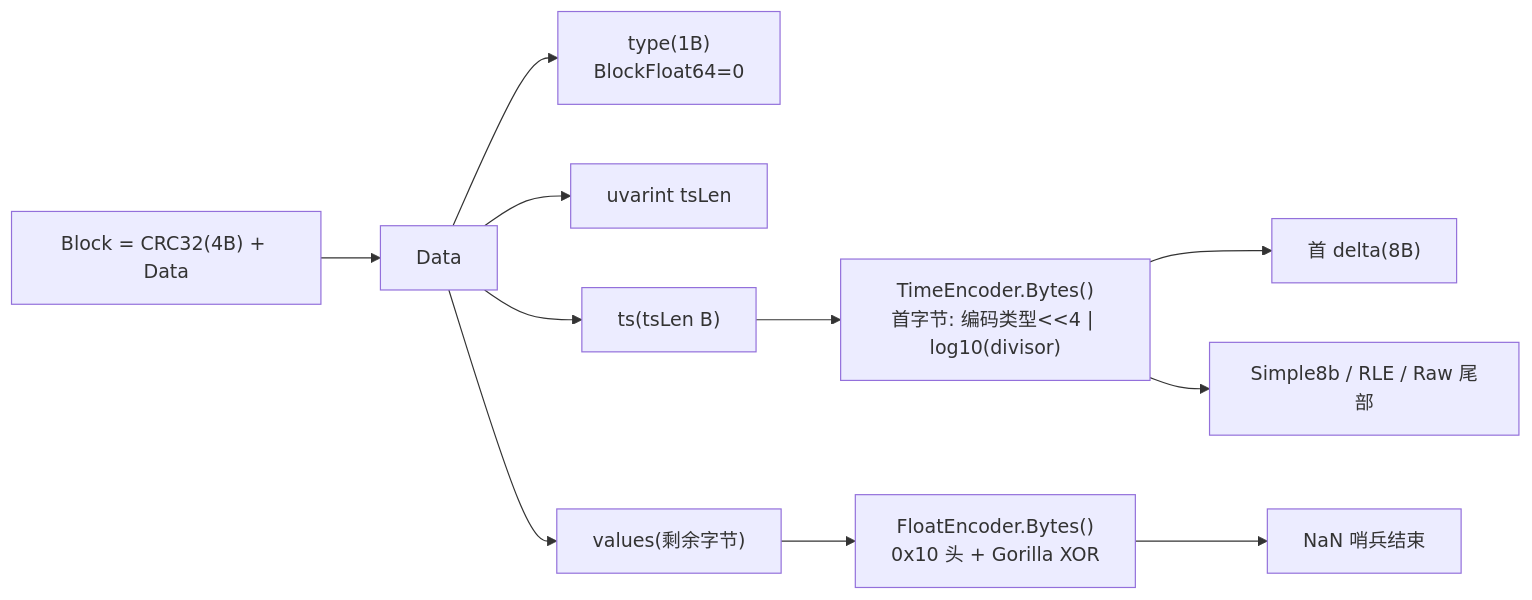
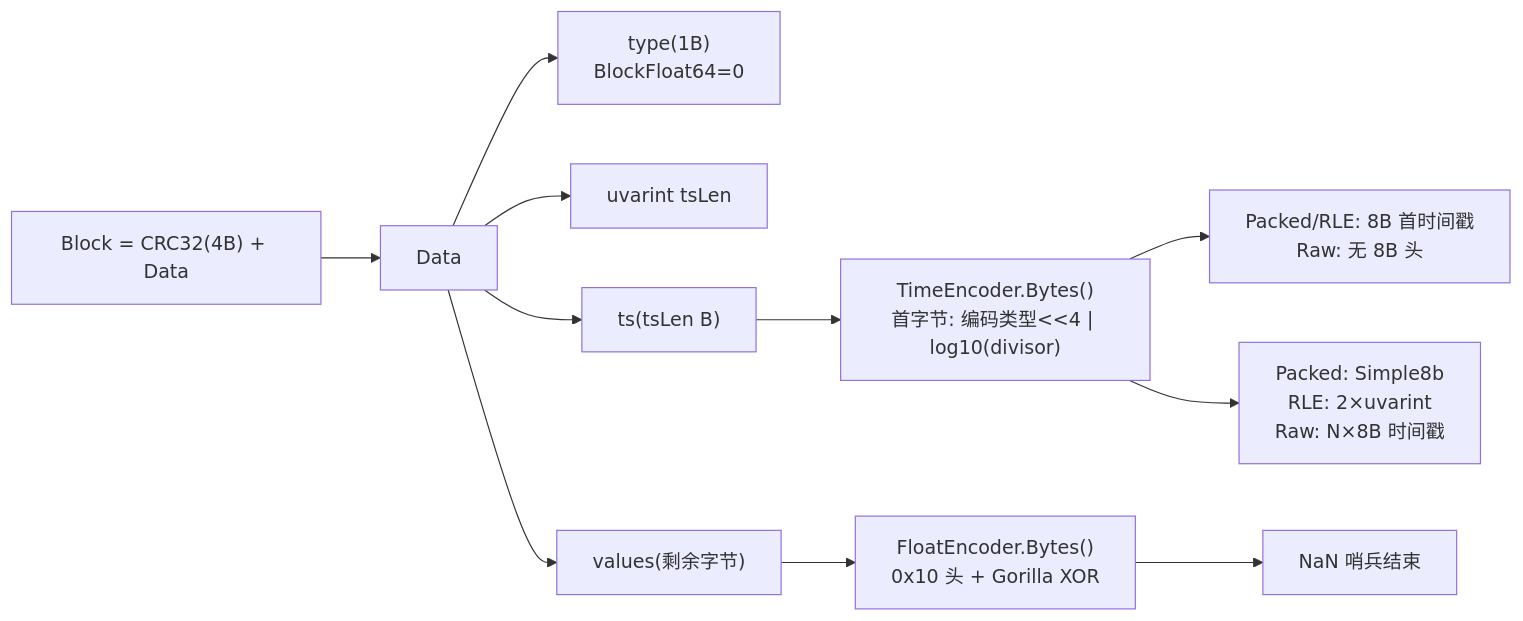
One commit to stefanv5/influxdb changed the third of 15 diagrams in docs/specs/17_tsm_file_format_spec.md. Above: the diagram before and after it, drawn with Mermaid. The commit also changed other lines of this file and 16 other files, not shown here.

````diff
--- a/docs/specs/17_tsm_file_format_spec.md
+++ b/docs/specs/17_tsm_file_format_spec.md
@@ -365,13 +369,13 @@
 ```mermaid
 flowchart LR
     B["Block = CRC32(4B) + Data"] --> D["Data"]
     D --> T["type(1B)<br/>BlockFloat64=0"]
     D --> L["uvarint tsLen"]
     D --> TS["ts(tsLen B)"]
     D --> V["values(剩余字节)"]
     TS --> E1["TimeEncoder.Bytes()<br/>首字节: 编码类型<<4 | log10(divisor)"]
-    E1 --> E2["首 delta(8B)"]
-    E1 --> E3["Simple8b / RLE / Raw 尾部"]
+    E1 --> E2["Packed/RLE: 8B 首时间戳<br/>Raw: 无 8B 头"]
+    E1 --> E3["Packed: Simple8b<br/>RLE: 2×uvarint<br/>Raw: N×8B 时间戳"]
     V --> F1["FloatEncoder.Bytes()<br/>0x10 头 + Gorilla XOR"]
     F1 --> F2["NaN 哨兵结束"]
 ```
````
